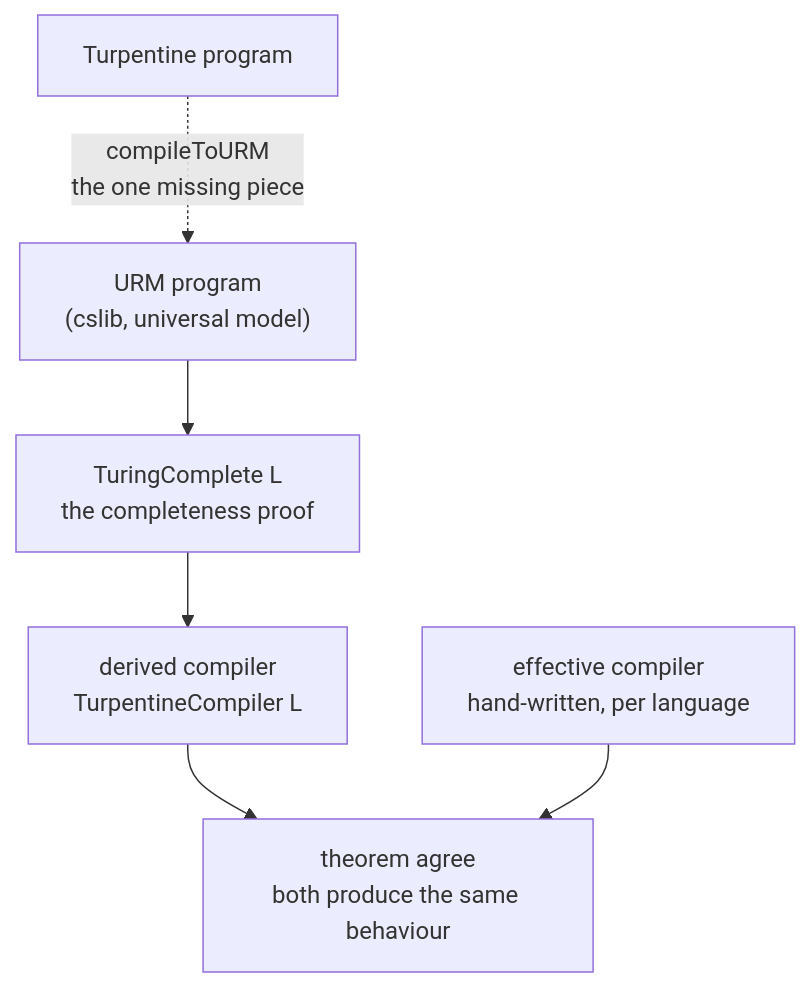
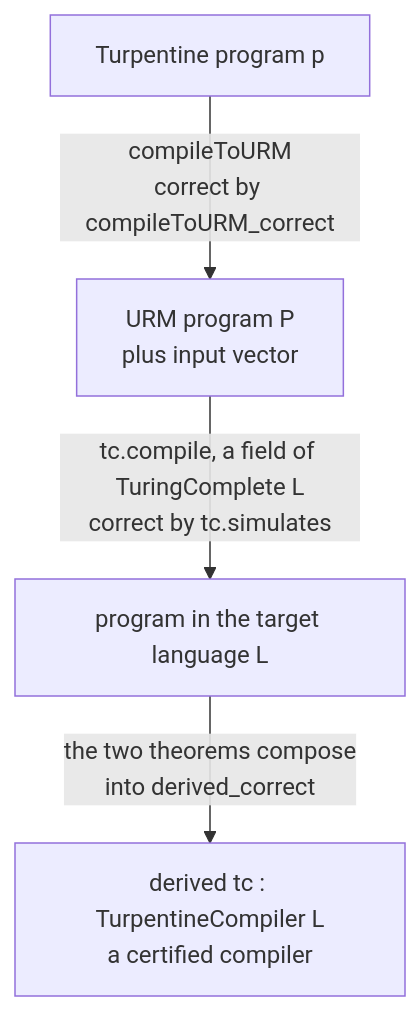
One commit to ilyasergey/langlib changed the first of 2 diagrams in docs/certified-compilation.md. Above: the diagram before and after it, drawn with Mermaid. The commit also changed other lines of this file, not shown here.

First line of the commit message:
Redraw the pipeline diagram around the actual composition

````diff
--- a/docs/certified-compilation.md
+++ b/docs/certified-compilation.md
@@ -299,15 +304,11 @@
 ```mermaid
 graph TD
-  TURP["Turpentine program"]
-  URM["URM program<br/>(cslib, universal model)"]
-  TC["TuringComplete L<br/>the completeness proof"]
-  DER["derived compiler<br/>TurpentineCompiler L"]
-  EFF["effective compiler<br/>hand-written, per language"]
-  AGREE["theorem agree<br/>both produce the same behaviour"]
+  T["Turpentine program p"]
+  U["URM program P<br/>plus input vector"]
+  L["program in the target language L"]
+  C["derived tc : TurpentineCompiler L<br/>a certified compiler"]
 
-  TURP -. "compileToURM<br/>the one missing piece" .-> URM
-  URM --> TC
-  TC --> DER
-  DER --> AGREE
-  EFF --> AGREE
+  T -->|"compileToURM<br/>correct by compileToURM_correct"| U
+  U -->|"tc.compile, a field of TuringComplete L<br/>correct by tc.simulates"| L
+  L -->|"the two theorems compose<br/>into derived_correct"| C
 ```
````
